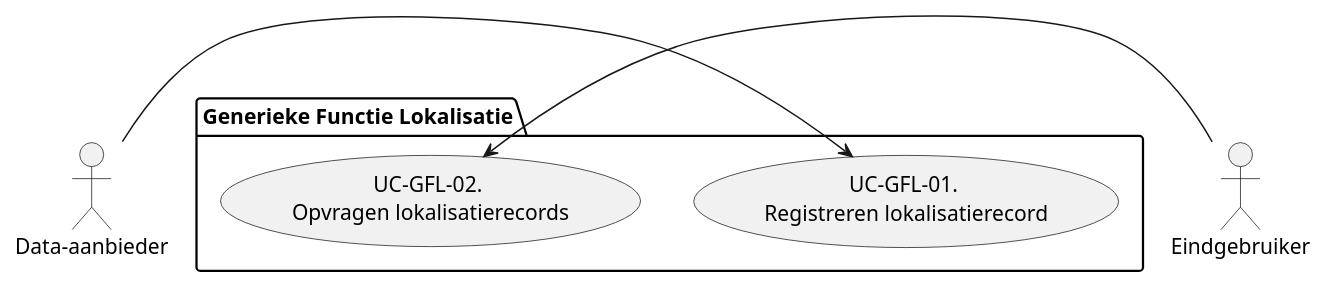
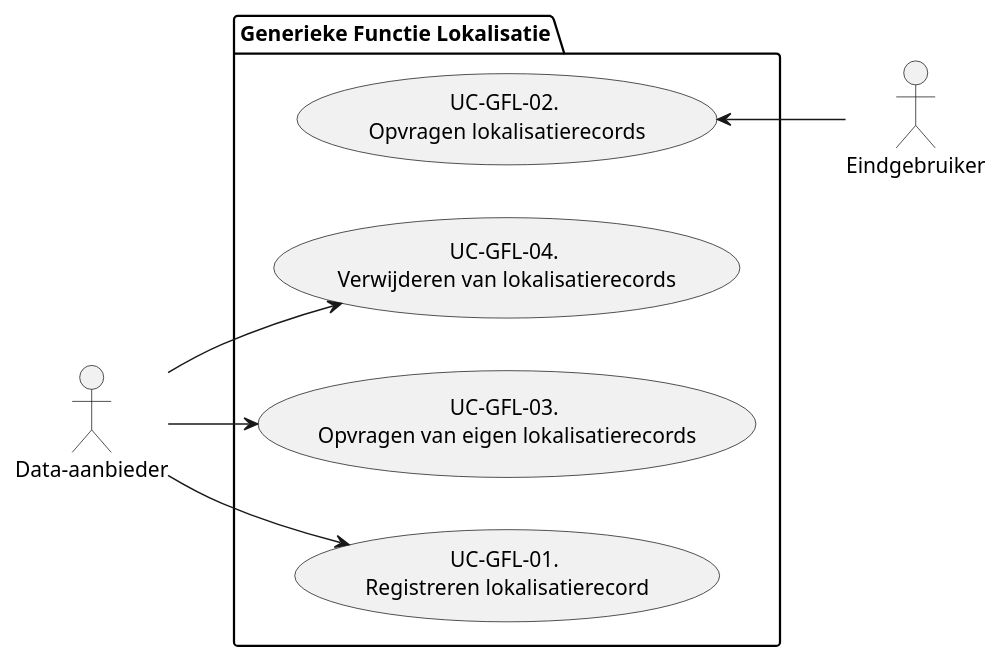
One commit to jorritspee/gf-lokalisatie-plantuml changed the diagram in H4-overzicht-usecases.plantuml. Above: the diagram before and after it, drawn with PlantUML.

Commit message:
update use case diagram

```diff
--- a/H4-overzicht-usecases.plantuml
+++ b/H4-overzicht-usecases.plantuml
@@ -1,10 +1,16 @@
-@startuml
+@startuml usecases
+left to right direction
+actor "Data-aanbieder" as DataAanbieder
 package "Generieke Functie Lokalisatie" {
-  usecase "UC-GFL-01. \nRegistreren lokalisatierecord" as UCGGL01
-  usecase "UC-GFL-02. \nOpvragen lokalisatierecords" as UCGGL02
+  usecase "UC-GFL-04. \nVerwijderen van lokalisatierecords" as UCGFL04
+  usecase "UC-GFL-03. \nOpvragen van eigen lokalisatierecords" as UCGFL03
+  usecase "UC-GFL-02. \nOpvragen lokalisatierecords" as UCGFL02
+  usecase "UC-GFL-01. \nRegistreren lokalisatierecord" as UCGFL01
+}
+actor "Eindgebruiker" as Eindgebruiker
 
-}
-
-:Data-aanbieder: -right-> UCGGL01
-:Eindgebruiker: -right-> UCGGL02
+:DataAanbieder: -down-> UCGFL01
+:Eindgebruiker: -up-> UCGFL02
+:DataAanbieder: -down-> UCGFL03
+:DataAanbieder: -down-> UCGFL04
 @enduml
```
